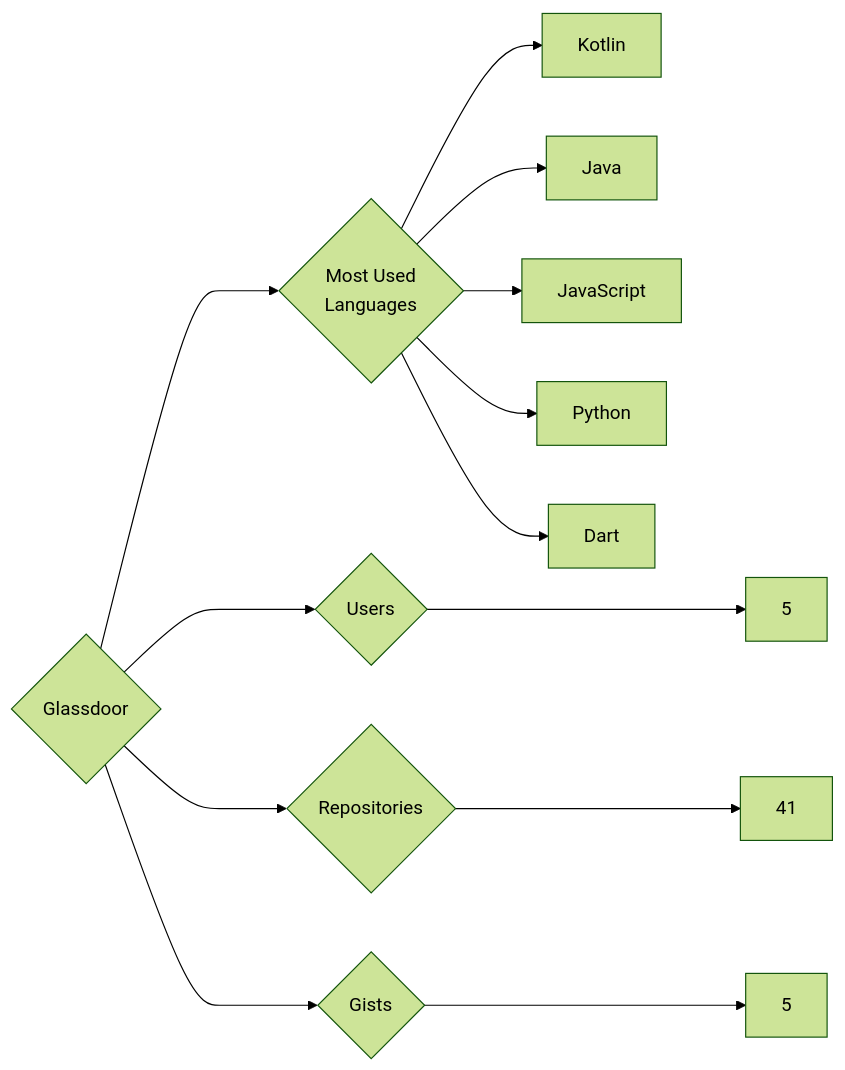
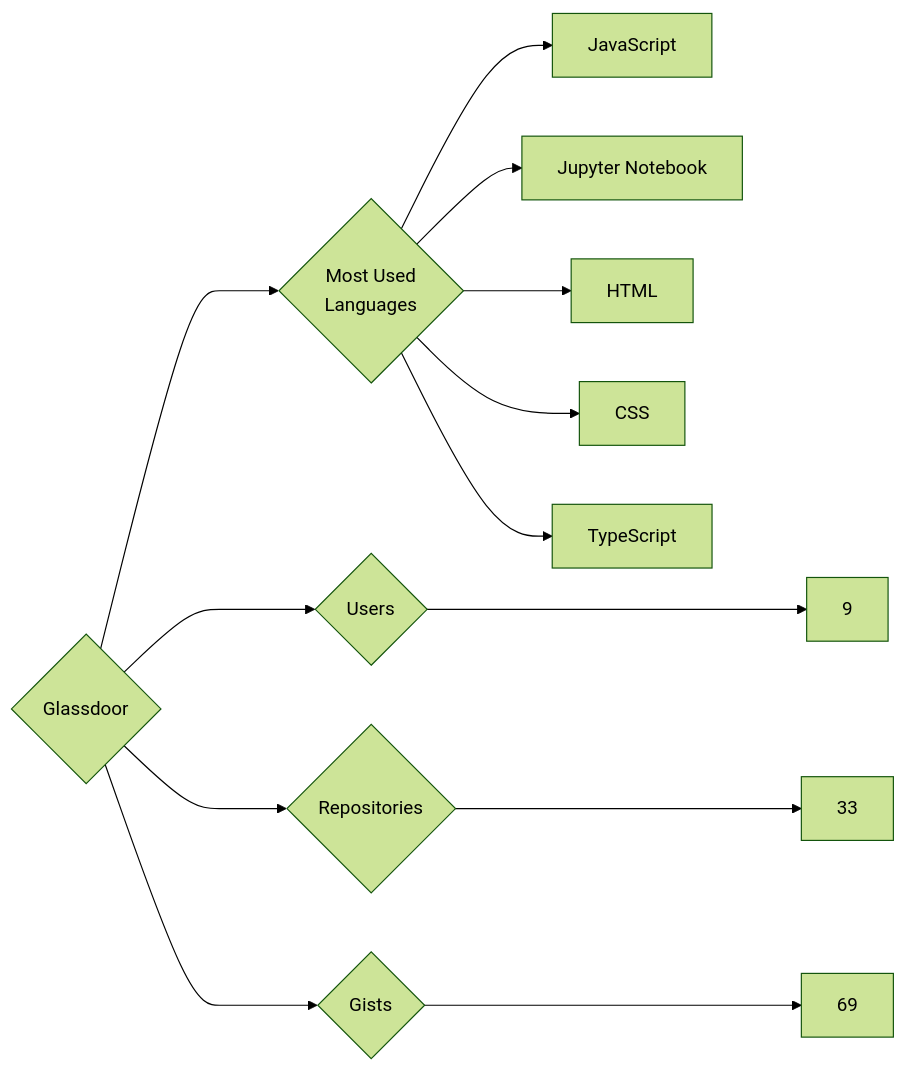
Before and after one commit to trickest/insiders: the diagram in targets/Glassdoor/README.md, drawn with Mermaid (forest theme). The commit also changed 682 other files, not shown here.

````diff
--- a/targets/Glassdoor/README.md
+++ b/targets/Glassdoor/README.md
@@ -3,13 +3,13 @@
 ```mermaid
 graph LR
 COMPANY_NAME{Glassdoor}
-COMPANY_NAME ---> U{Users} ---> UN[5]
-COMPANY_NAME ---> R{Repositories} ---> RN[41]
-COMPANY_NAME ---> G{Gists} ---> GN[5]
+COMPANY_NAME ---> U{Users} ---> UN[9]
+COMPANY_NAME ---> R{Repositories} ---> RN[33]
+COMPANY_NAME ---> G{Gists} ---> GN[69]
 COMPANY_NAME ---> ML{Most Used<br>Languages}
-ML --> Kotlin[Kotlin]
-ML --> Java[Java]
 ML --> JavaScript[JavaScript]
-ML --> Python[Python]
-ML --> Dart[Dart]
+ML --> Jupyter_Notebook[Jupyter Notebook]
+ML --> HTML[HTML]
+ML --> CSS[CSS]
+ML --> TypeScript[TypeScript]
 ```
````
